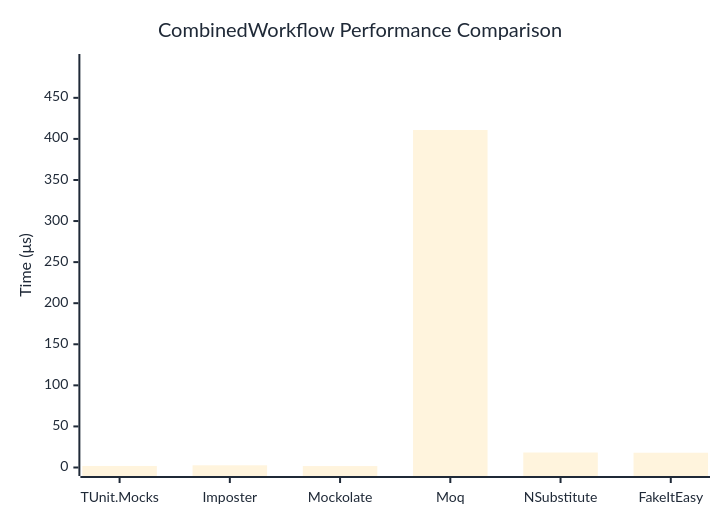
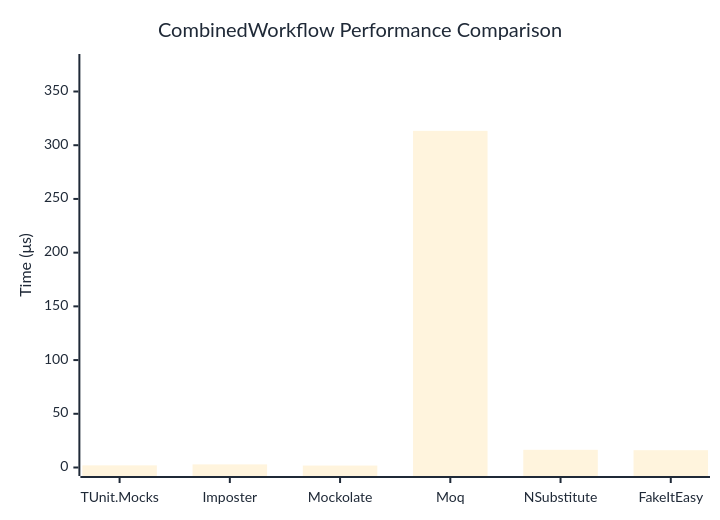
Before and after one commit to thomhurst/TUnit: the diagram in docs/docs/benchmarks/mocks/CombinedWorkflow.md, drawn with Mermaid. The commit also changed other lines of this file and 14 other files, not shown here.

````diff
--- a/docs/docs/benchmarks/mocks/CombinedWorkflow.md
+++ b/docs/docs/benchmarks/mocks/CombinedWorkflow.md
@@ -30,27 +30,27 @@
 ```mermaid
 %%{init: {
   'theme':'base',
   'themeVariables': {
     'primaryColor': '#2563eb',
     'primaryTextColor': '#1f2937',
     'primaryBorderColor': '#1e40af',
     'lineColor': '#6b7280',
     'secondaryColor': '#7c3aed',
     'tertiaryColor': '#dc2626',
     'background': '#ffffff',
     'pie1': '#2563eb',
     'pie2': '#7c3aed',
     'pie3': '#dc2626',
     'pie4': '#f59e0b',
     'pie5': '#10b981',
     'pie6': '#06b6d4',
     'pie7': '#ec4899',
     'pie8': '#6366f1'
   }
 }}%%
 xychart-beta
   title "CombinedWorkflow Performance Comparison"
   x-axis ["TUnit.Mocks", "Imposter", "Mockolate", "Moq", "NSubstitute", "FakeItEasy"]
-  y-axis "Time (μs)" 0 --> 493
-  bar [1.879, 2.665, 1.74, 410.824, 18.238, 17.982]
+  y-axis "Time (μs)" 0 --> 377
+  bar [1.989, 2.898, 1.818, 313.368, 16.46, 16.101]
 ```
````
